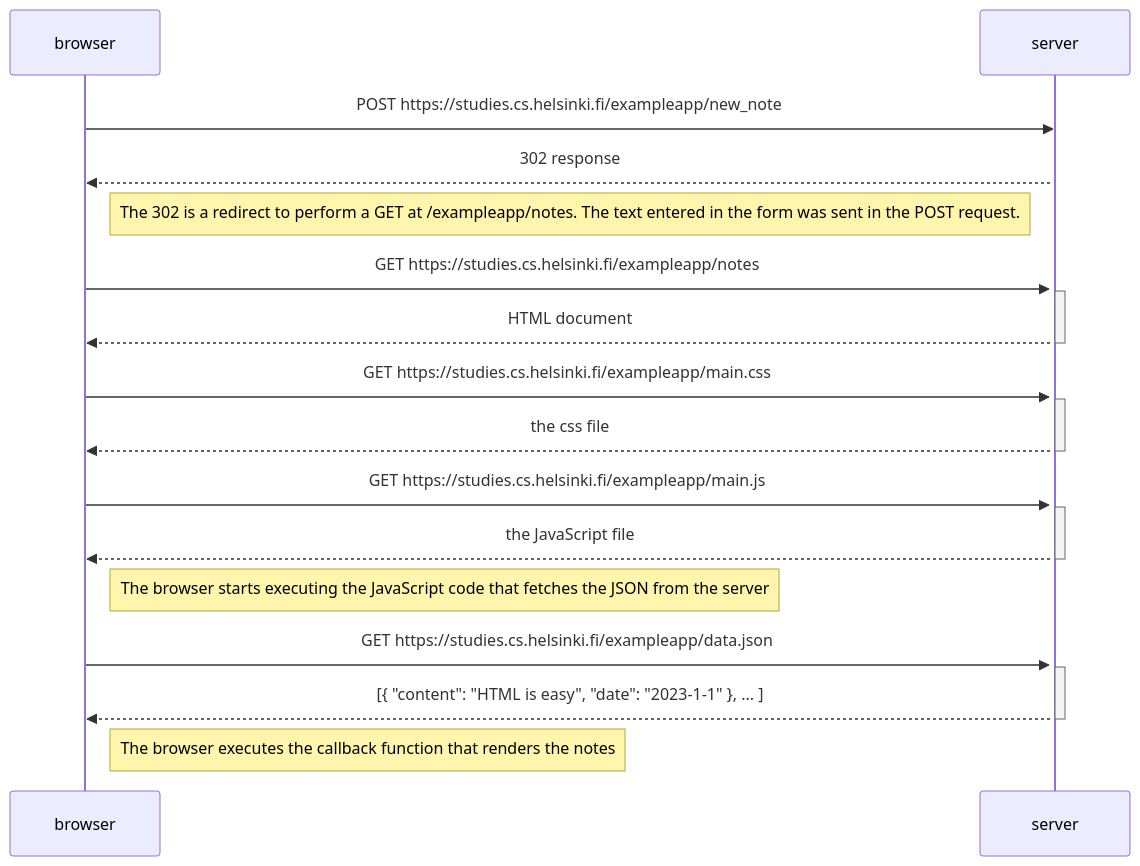
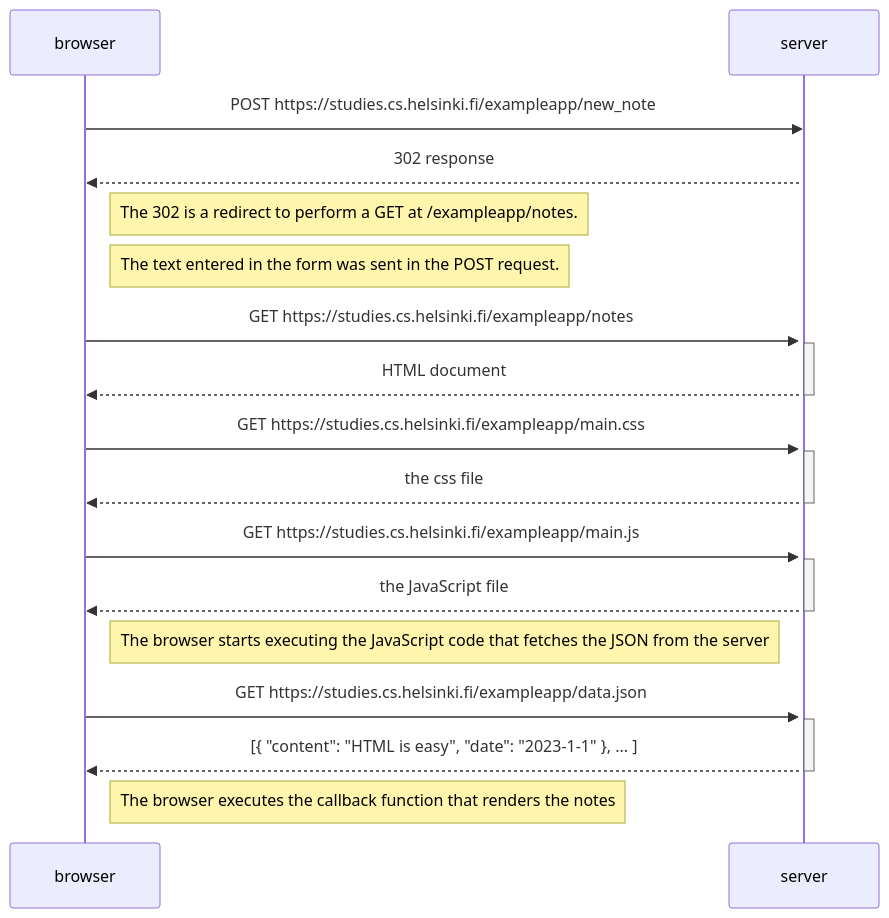
Before and after one commit to lederle/full_stack_open_part_0: the diagram in exercise_0.4/post_diagram.md, drawn with Mermaid.

Commit message:
break large line

````diff
--- a/exercise_0.4/post_diagram.md
+++ b/exercise_0.4/post_diagram.md
@@ -1,35 +1,36 @@
 ```mermaid
 sequenceDiagram
   participant browser
   participant server
 
   browser->>server: POST https://studies.cs.helsinki.fi/exampleapp/new_note
   activate server
   server-->>browser: 302 response
 
-  Note right of browser: The 302 is a redirect to perform a GET at /exampleapp/notes. The text entered in the form was sent in the POST request.
+  Note right of browser: The 302 is a redirect to perform a GET at /exampleapp/notes.
+  Note right of browser: The text entered in the form was sent in the POST request.
 
   browser->>server: GET https://studies.cs.helsinki.fi/exampleapp/notes
   activate server
   server-->>browser: HTML document
   deactivate server
 
   browser->>server: GET https://studies.cs.helsinki.fi/exampleapp/main.css
   activate server
   server-->>browser: the css file
   deactivate server
 
   browser->>server: GET https://studies.cs.helsinki.fi/exampleapp/main.js
   activate server
   server-->>browser: the JavaScript file
   deactivate server
 
   Note right of browser: The browser starts executing the JavaScript code that fetches the JSON from the server
 
   browser->>server: GET https://studies.cs.helsinki.fi/exampleapp/data.json
   activate server
   server-->>browser: [{ "content": "HTML is easy", "date": "2023-1-1" }, ... ]
   deactivate server
 
   Note right of browser: The browser executes the callback function that renders the notes
   ```
````
